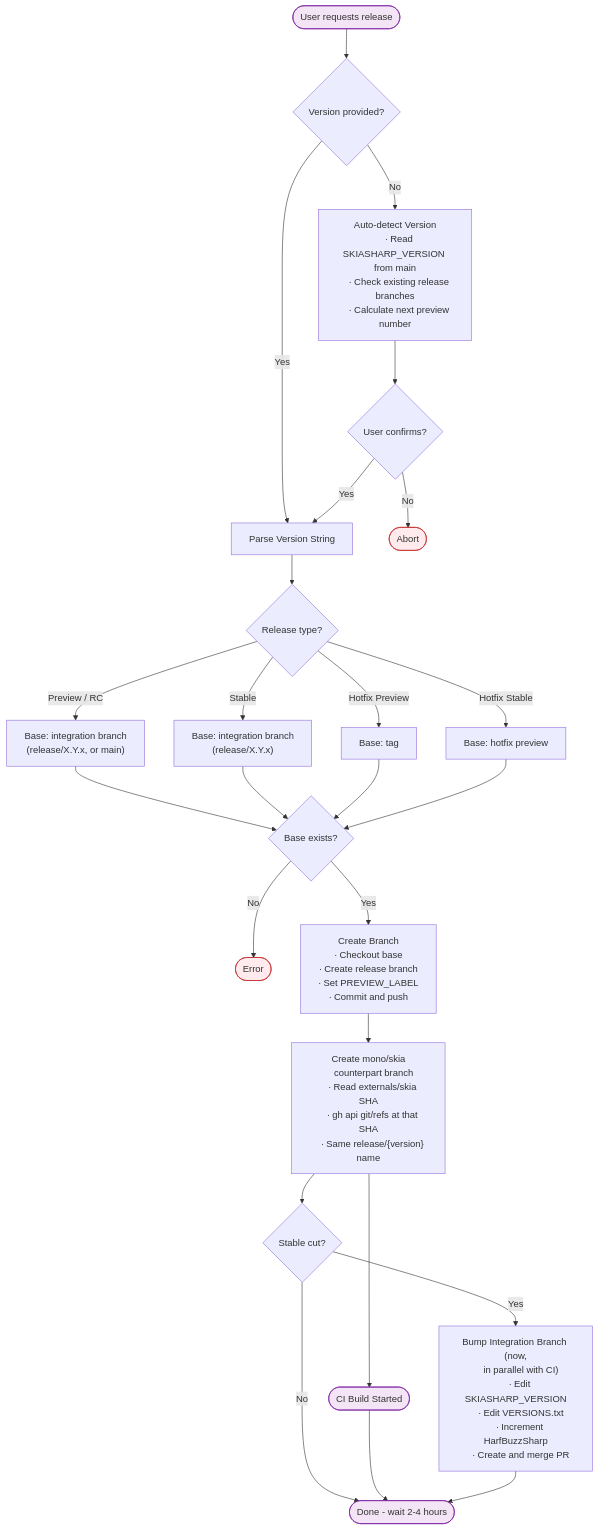
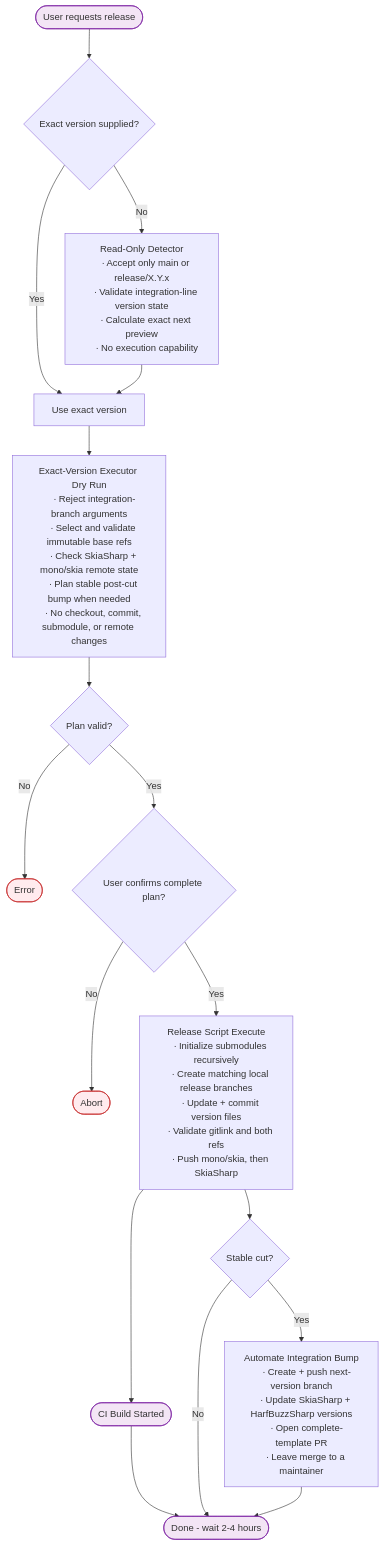
One commit to mono/SkiaSharp changed the first of 4 diagrams in documentation/dev/releasing.md. Above: the diagram before and after it, drawn with Mermaid. The commit also changed other lines of this file and 12 other files, not shown here.

First line of the commit message:
Automate release publication and coordination

````diff
--- a/documentation/dev/releasing.md
+++ b/documentation/dev/releasing.md
@@ -113,66 +186,53 @@
 ```mermaid
 flowchart TB
-    START([User requests release]) --> PROVIDED{Version provided?}
-    
-    PROVIDED -->|Yes| PARSE
-    PROVIDED -->|No| AUTO
-    
-    AUTO["Auto-detect Version
-    ∙ Read SKIASHARP_VERSION from main
-    ∙ Check existing release branches
-    ∙ Calculate next preview number"]
-    
-    AUTO --> CONFIRM{User confirms?}
+    START([User requests release]) --> PROVIDED{Exact version supplied?}
+    PROVIDED -->|Yes| EXACT[Use exact version]
+    PROVIDED -->|No| DETECT
+
+    DETECT["Read-Only Detector
+    ∙ Accept only main or release/X.Y.x
+    ∙ Validate integration-line version state
+    ∙ Calculate exact next preview
+    ∙ No execution capability"]
+    DETECT --> EXACT
+    EXACT --> DRYRUN
+
+    DRYRUN["Exact-Version Executor Dry Run
+    ∙ Reject integration-branch arguments
+    ∙ Select and validate immutable base refs
+    ∙ Check SkiaSharp + mono/skia remote state
+    ∙ Plan stable post-cut bump when needed
+    ∙ No checkout, commit, submodule, or remote changes"]
+
+    DRYRUN --> VALID{Plan valid?}
+    VALID -->|No| ERROR([Error])
+    VALID -->|Yes| CONFIRM{User confirms complete plan?}
     CONFIRM -->|No| ABORT([Abort])
-    CONFIRM -->|Yes| PARSE
-    
-    PARSE["Parse Version String"] --> TYPE{Release type?}
-    
-    TYPE -->|Preview / RC| BASE_INTEG["Base: integration branch
-    (release/X.Y.x, or main)"]
-    TYPE -->|Stable| BASE_STABLE["Base: integration branch
-    (release/X.Y.x)"]
-    TYPE -->|Hotfix Preview| BASE_TAG["Base: tag"]
-    TYPE -->|Hotfix Stable| BASE_HOTFIX["Base: hotfix preview"]
-    
-    BASE_INTEG --> EXISTS{Base exists?}
-    BASE_STABLE --> EXISTS
-    BASE_TAG --> EXISTS
-    BASE_HOTFIX --> EXISTS
-    EXISTS -->|No| ERROR([Error])
-    
-    EXISTS -->|Yes| CREATE
-    
-    CREATE["Create Branch
-    ∙ Checkout base
-    ∙ Create release branch
-    ∙ Set PREVIEW_LABEL
-    ∙ Commit and push"]
-    
-    CREATE --> SKIA
-    SKIA["Create mono/skia
-    counterpart branch
-    ∙ Read externals/skia SHA
-    ∙ gh api git/refs at that SHA
-    ∙ Same release/{version} name"]
+    CONFIRM -->|Yes| EXECUTE
 
-    SKIA --> CI([CI Build Started])
-    SKIA --> IS_STABLE{Stable cut?}
+    EXECUTE["Release Script Execute
+    ∙ Initialize submodules recursively
+    ∙ Create matching local release branches
+    ∙ Update + commit version files
+    ∙ Validate gitlink and both refs
+    ∙ Push mono/skia, then SkiaSharp"]
+
+    EXECUTE --> CI([CI Build Started])
+    EXECUTE --> IS_STABLE{Stable cut?}
     IS_STABLE -->|No| DONE([Done - wait 2-4 hours])
     IS_STABLE -->|Yes| BUMP
 
-    BUMP["Bump Integration Branch (now,
-    in parallel with CI)
-    ∙ Edit SKIASHARP_VERSION
-    ∙ Edit VERSIONS.txt
-    ∙ Increment HarfBuzzSharp
-    ∙ Create and merge PR"]
+    BUMP["Automate Integration Bump
+    ∙ Create + push next-version branch
+    ∙ Update SkiaSharp + HarfBuzzSharp versions
+    ∙ Open complete-template PR
+    ∙ Leave merge to a maintainer"]
     
     CI --> DONE
     BUMP --> DONE
 
     classDef error fill:#ffebee,stroke:#c62828
     classDef endpoint fill:#f3e5f5,stroke:#7b1fa2
     class ABORT,ERROR error
     class START,CI,DONE endpoint
 ```
````
